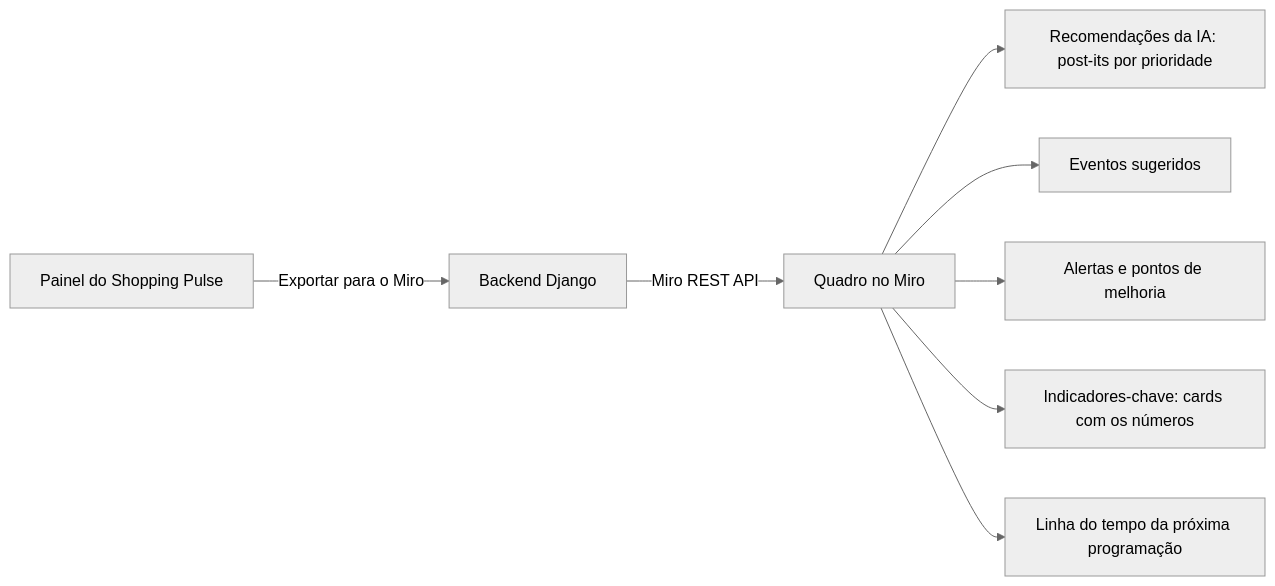
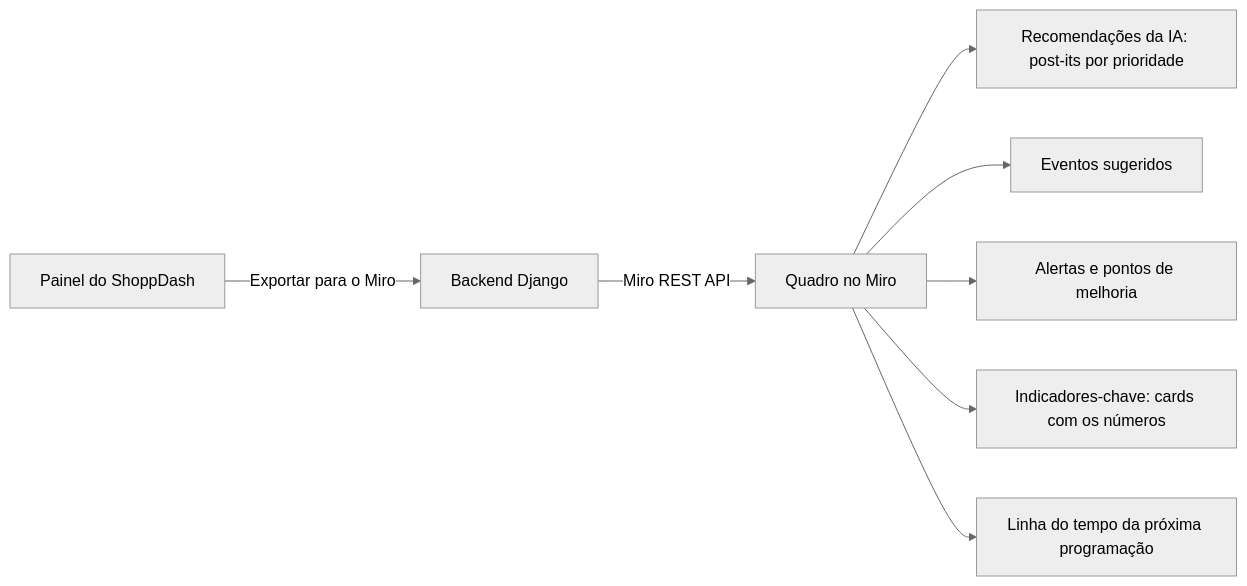
Before and after one commit to davicode20/shopping-pulse: the sixth of 6 diagrams in docs/PLANEJAMENTO.md, drawn with Mermaid (neutral theme). The commit also changed other lines of this file and 40 other files, not shown here.

First line of the commit message:
feat: rebrand para ShoppDash com novo visual e melhorias de experiência

````diff
--- a/docs/PLANEJAMENTO.md
+++ b/docs/PLANEJAMENTO.md
@@ -353,10 +353,10 @@
 ```mermaid
 flowchart LR
-    A[Painel do Shopping Pulse] -->|"Exportar para o Miro"| B[Backend Django]
+    A[Painel do ShoppDash] -->|"Exportar para o Miro"| B[Backend Django]
     B -->|"Miro REST API"| C[Quadro no Miro]
     C --> D["Recomendações da IA: post-its por prioridade"]
     C --> E["Eventos sugeridos"]
     C --> F["Alertas e pontos de melhoria"]
     C --> G["Indicadores-chave: cards com os números"]
     C --> H["Linha do tempo da próxima programação"]
 ```
````
